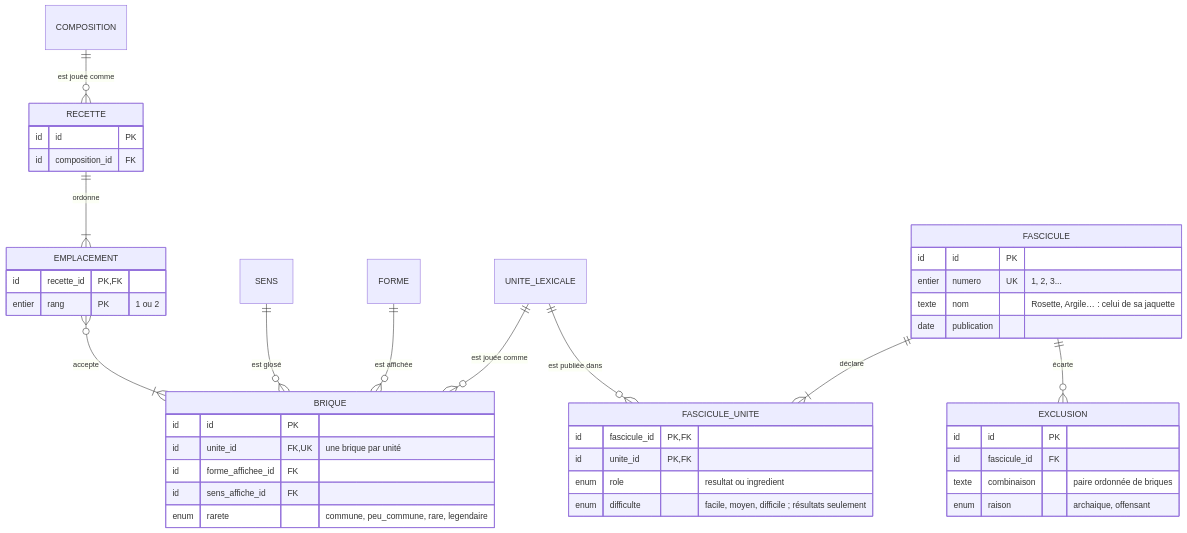
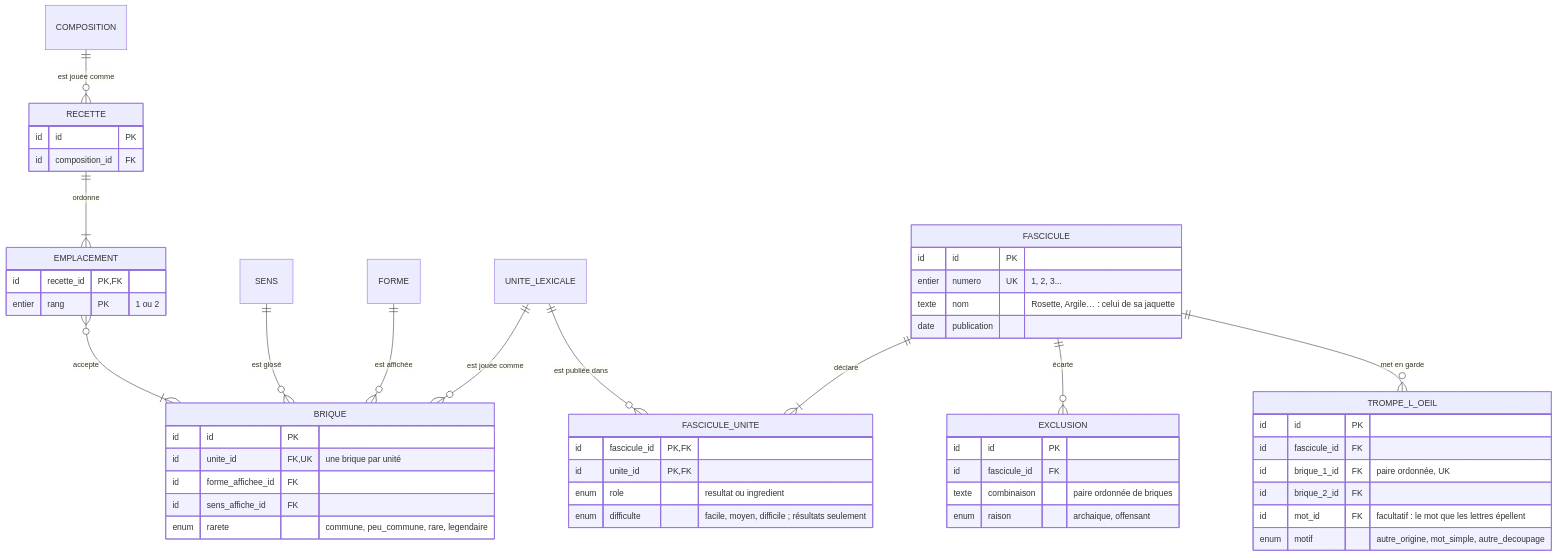
One commit to EtymoLogique/Design changed the sixth of 8 diagrams in docs/modele-donnees.md. Above: the diagram before and after it, drawn with Mermaid. The commit also changed other lines of this file and 6 other files, not shown here.

````diff
--- a/docs/modele-donnees.md
+++ b/docs/modele-donnees.md
@@ -308,46 +308,55 @@
 ```mermaid
 erDiagram
     UNITE_LEXICALE ||--o{ BRIQUE : "est jouée comme"
     FORME ||--o{ BRIQUE : "est affichée"
     SENS ||--o{ BRIQUE : "est glosé"
     COMPOSITION ||--o{ RECETTE : "est jouée comme"
     RECETTE ||--|{ EMPLACEMENT : "ordonne"
     EMPLACEMENT }o--|{ BRIQUE : "accepte"
     FASCICULE ||--|{ FASCICULE_UNITE : "déclare"
     UNITE_LEXICALE ||--o{ FASCICULE_UNITE : "est publiée dans"
     FASCICULE ||--o{ EXCLUSION : "écarte"
+    FASCICULE ||--o{ TROMPE_L_OEIL : "met en garde"
 
     BRIQUE {
         id id PK
         id unite_id FK, UK "une brique par unité"
         id forme_affichee_id FK
         id sens_affiche_id FK
         enum rarete "commune, peu_commune, rare, legendaire"
     }
     RECETTE {
         id id PK
         id composition_id FK
     }
     EMPLACEMENT {
         id recette_id PK, FK
         entier rang PK "1 ou 2"
     }
     FASCICULE {
         id id PK
         entier numero UK "1, 2, 3..."
         texte nom "Rosette, Argile… : celui de sa jaquette"
         date publication
     }
     FASCICULE_UNITE {
         id fascicule_id PK, FK
         id unite_id PK, FK
         enum role "resultat ou ingredient"
         enum difficulte "facile, moyen, difficile ; résultats seulement"
     }
     EXCLUSION {
         id id PK
         id fascicule_id FK
         texte combinaison "paire ordonnée de briques"
         enum raison "archaique, offensant"
     }
+    TROMPE_L_OEIL {
+        id id PK
+        id fascicule_id FK
+        id brique_1_id FK "paire ordonnée, UK"
+        id brique_2_id FK
+        id mot_id FK "facultatif : le mot que les lettres épellent"
+        enum motif "autre_origine, mot_simple, autre_decoupage"
+    }
 ```
````
